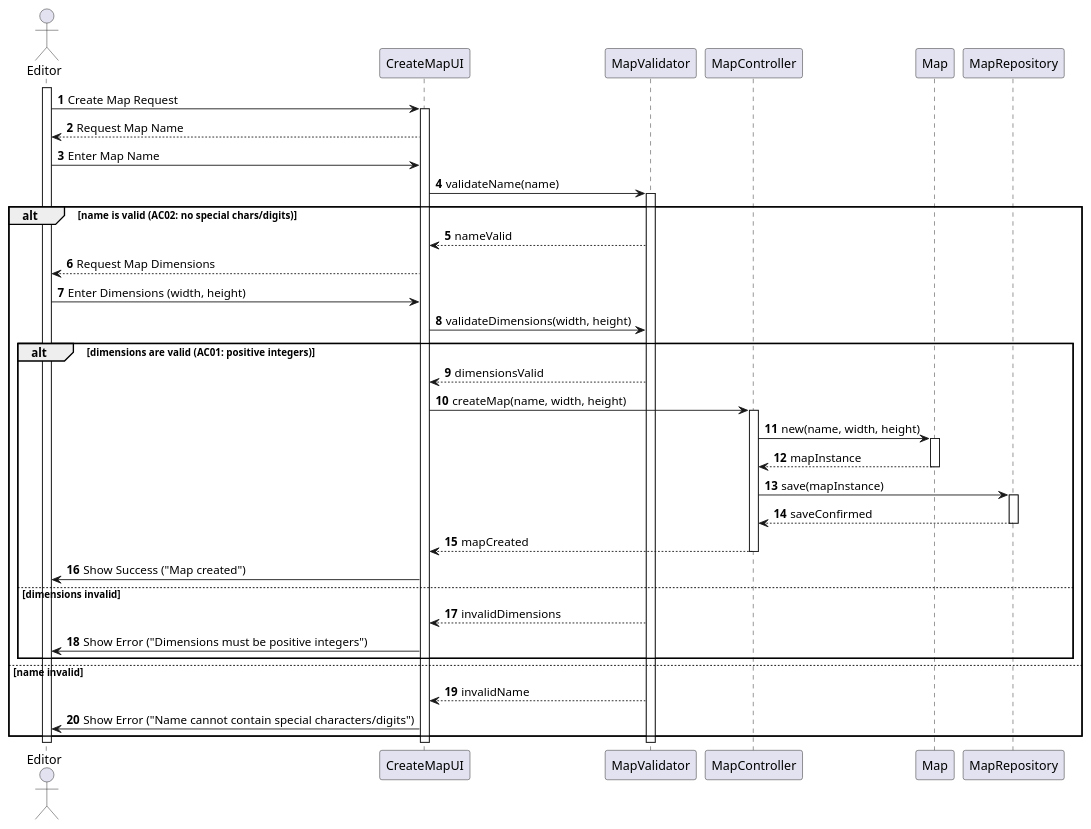
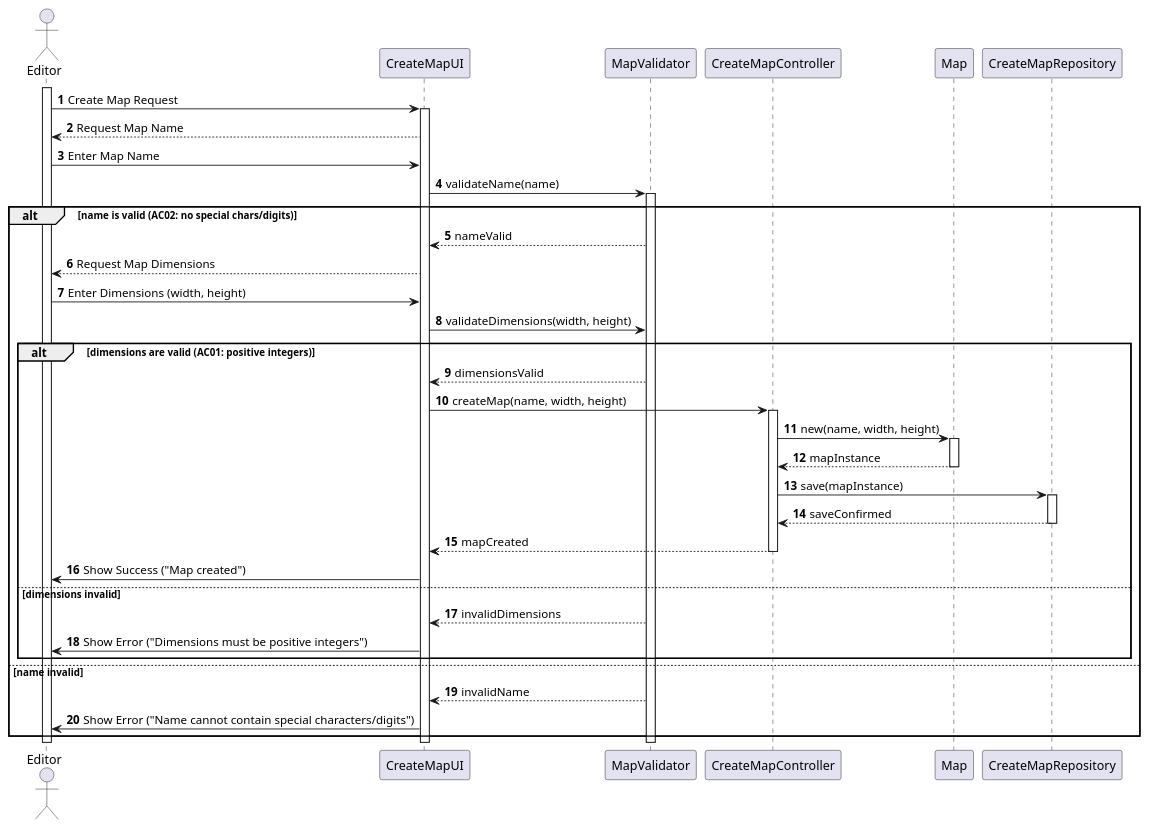
Before and after one commit to Andremonteiro1240850/railway_simulator: the diagram in docs/system-documentation/US01/03.design.us01/puml/US01-SD-full.puml, drawn with PlantUML. The commit also changed 42 other files, not shown here.

```diff
--- a/docs/system-documentation/US01/03.design.us01/puml/US01-SD-full.puml
+++ b/docs/system-documentation/US01/03.design.us01/puml/US01-SD-full.puml
@@ -1,53 +1,53 @@
 @startuml
 skinparam packageStyle rectangle
 skinparam shadowing false
 
 autonumber
 
 actor Editor
 
 activate Editor
 Editor -> CreateMapUI : Create Map Request
 activate CreateMapUI
 
 CreateMapUI --> Editor : Request Map Name
 Editor -> CreateMapUI : Enter Map Name
 CreateMapUI -> MapValidator : validateName(name)
 activate MapValidator
 
 alt name is valid (AC02: no special chars/digits)
   MapValidator --> CreateMapUI : nameValid
   CreateMapUI --> Editor : Request Map Dimensions
   Editor -> CreateMapUI : Enter Dimensions (width, height)
   CreateMapUI -> MapValidator : validateDimensions(width, height)
 
   alt dimensions are valid (AC01: positive integers)
     MapValidator --> CreateMapUI : dimensionsValid
-    CreateMapUI -> MapController : createMap(name, width, height)
-    activate MapController
-    MapController -> Map : new(name, width, height)
+    CreateMapUI -> CreateMapController : createMap(name, width, height)
+    activate CreateMapController
+    CreateMapController -> Map : new(name, width, height)
     activate Map
-    Map --> MapController : mapInstance
+    Map --> CreateMapController : mapInstance
     deactivate Map
 
-    MapController -> MapRepository : save(mapInstance)
-    activate MapRepository
-    MapRepository --> MapController : saveConfirmed
-    deactivate MapRepository
+    CreateMapController -> CreateMapRepository : save(mapInstance)
+    activate CreateMapRepository
+    CreateMapRepository --> CreateMapController : saveConfirmed
+    deactivate CreateMapRepository
 
-    MapController --> CreateMapUI : mapCreated
-    deactivate MapController
+    CreateMapController --> CreateMapUI : mapCreated
+    deactivate CreateMapController
     CreateMapUI -> Editor : Show Success ("Map created")
   else dimensions invalid
     MapValidator --> CreateMapUI : invalidDimensions
     CreateMapUI -> Editor : Show Error ("Dimensions must be positive integers")
   end
 else name invalid
   MapValidator --> CreateMapUI : invalidName
   CreateMapUI -> Editor : Show Error ("Name cannot contain special characters/digits")
 end
 
 deactivate MapValidator
 deactivate CreateMapUI
 deactivate Editor
 @enduml
```
